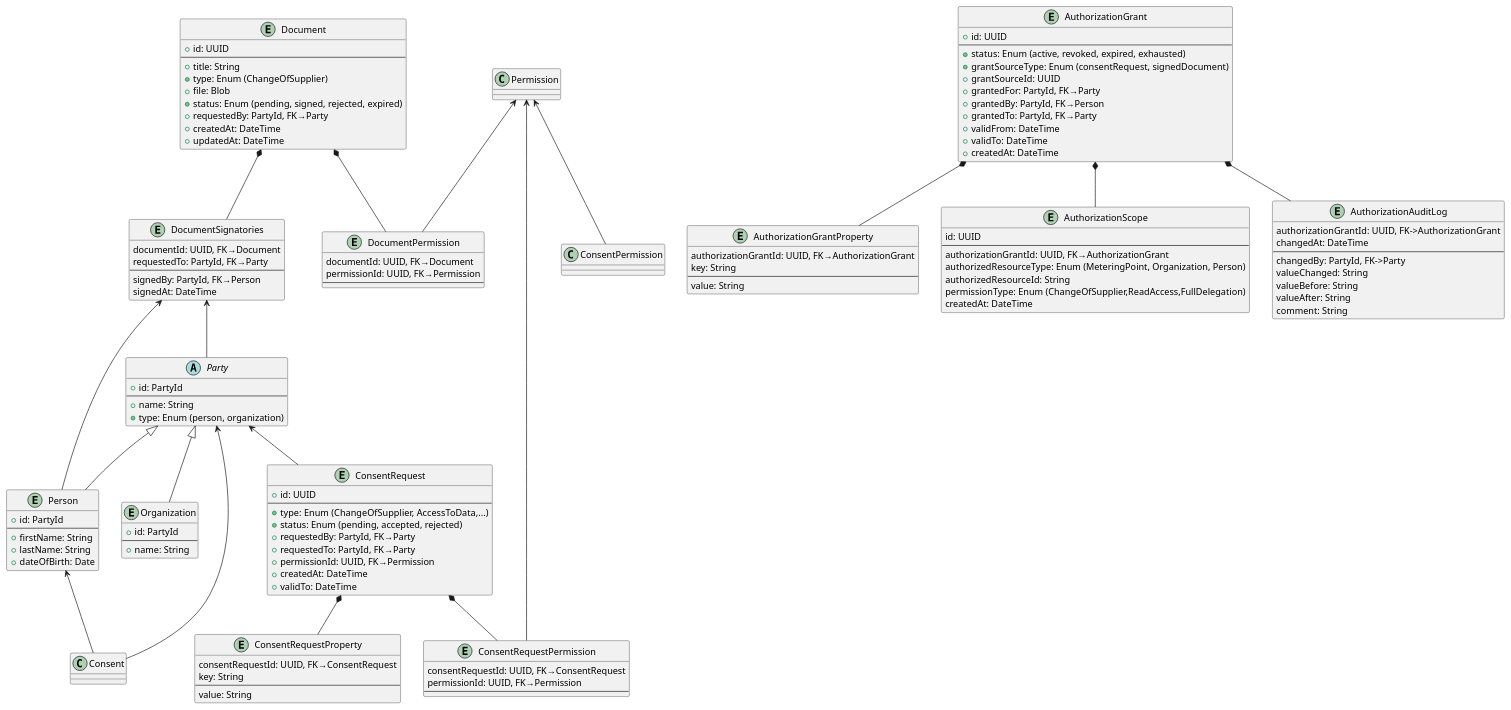
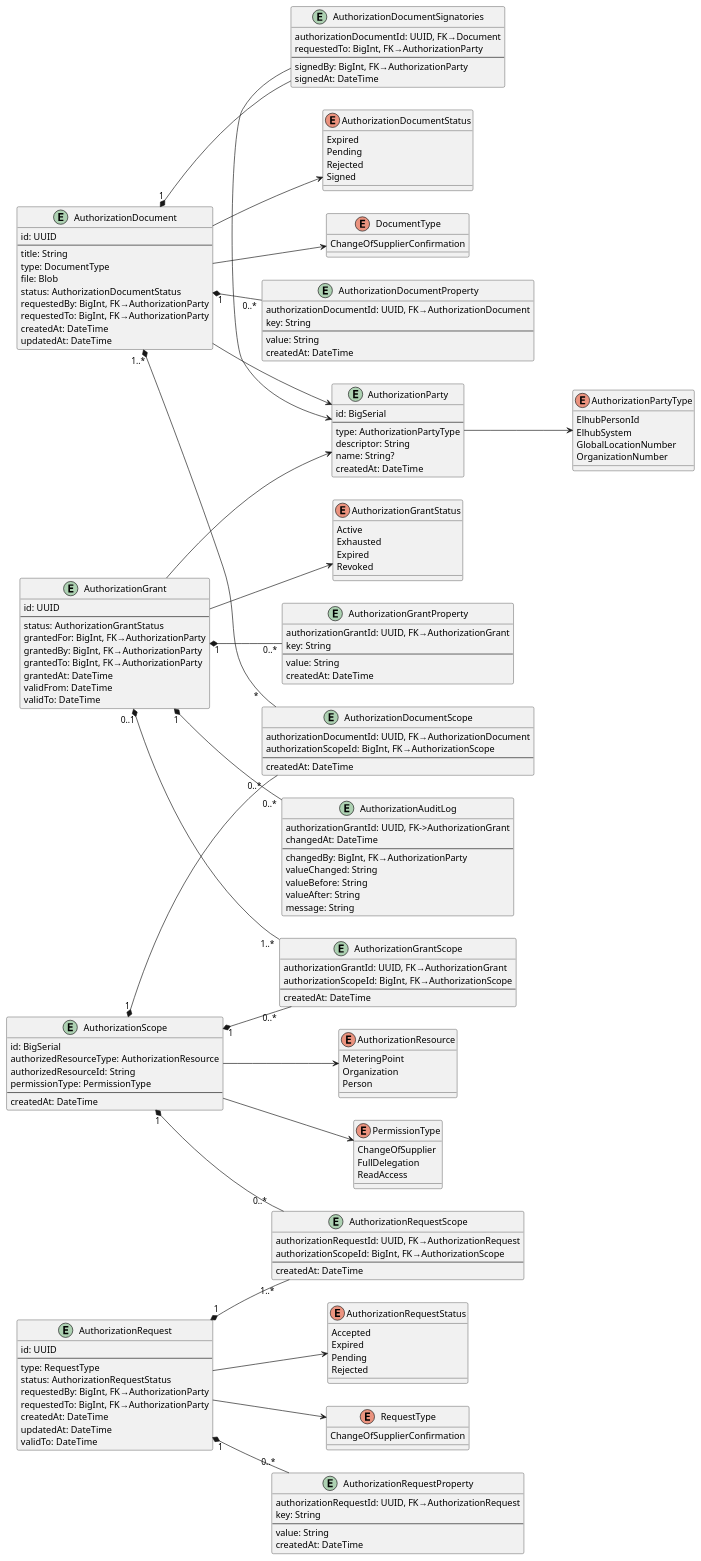
The diagram in docs/datamodel/datamodel.plantuml (elhub/auth-grant-manager), drawn with PlantUML before and after one commit. The commit also changed 30 other files, not shown here.

```diff
--- a/docs/datamodel/datamodel.plantuml
+++ b/docs/datamodel/datamodel.plantuml
@@ -1,42 +1,72 @@
 @startuml datamodel
+left to right direction
+'top to bottom direction
 
 ' The PartyId is a type that is used to identify a party
 ' It can be an elhub user Id or a GLN. It is a string because it can be a UUID or a GLN-number
 ' type PartyId = String
 
-abstract Party {
-  + id: PartyId
-  --
-  + name: String
-  + type: Enum (person, organization)
+enum AuthorizationGrantStatus {
+  Active
+  Exhausted
+  Expired
+  Revoked
 }
 
-entity Person {
-  + id: PartyId
-  --
-  + firstName: String
-  + lastName: String
-  + dateOfBirth: Date
+enum AuthorizationResource {
+  MeteringPoint
+  Organization
+  Person
 }
 
-entity Organization {
-  + id: PartyId
-  --
-  + name: String
+enum PermissionType {
+  ChangeOfSupplier
+  FullDelegation
+  ReadAccess
+}
+
+enum AuthorizationDocumentStatus {
+  Expired
+  Pending
+  Rejected
+  Signed
+}
+
+enum AuthorizationRequestStatus {
+  Accepted
+  Expired
+  Pending
+  Rejected
+}
+
+' ElhubPersonId is our individual user Id
+' An ElhubSystem might be responsible for a change (audit log)
+' GLN and OrgNumber can both be used for organizations
+enum AuthorizationPartyType {
+  ElhubPersonId
+  ElhubSystem
+  GlobalLocationNumber
+  OrganizationNumber
+}
+
+enum DocumentType {
+  ChangeOfSupplierConfirmation
+}
+
+enum RequestType {
+  ChangeOfSupplierConfirmation
 }
 
 entity AuthorizationGrant {
-  + id: UUID
+  id: UUID
   --
-  + status: Enum (active, revoked, expired, exhausted)
-  + grantSourceType: Enum (consentRequest, signedDocument)
-  + grantSourceId: UUID
-  + grantedFor: PartyId, FK→Party
-  + grantedBy: PartyId, FK→Person
-  + grantedTo: PartyId, FK→Party
-  + validFrom: DateTime
-  + validTo: DateTime
-  + createdAt: DateTime
+  status: AuthorizationGrantStatus
+  grantedFor: BigInt, FK→AuthorizationParty
+  grantedBy: BigInt, FK→AuthorizationParty
+  grantedTo: BigInt, FK→AuthorizationParty
+  grantedAt: DateTime
+  validFrom: DateTime
+  validTo: DateTime
 }
 
 ' Used to store metadata related to the AuthorizationGrant
@@ -45,15 +75,6 @@
   key: String
   --
   value: String
-}
-
-entity AuthorizationScope {
-  id: UUID
-  --
-  authorizationGrantId: UUID, FK→AuthorizationGrant
-  authorizedResourceType: Enum (MeteringPoint, Organization, Person)
-  authorizedResourceId: String
-  permissionType: Enum (ChangeOfSupplier,ReadAccess,FullDelegation)
   createdAt: DateTime
 }
 
@@ -61,82 +82,124 @@
   authorizationGrantId: UUID, FK->AuthorizationGrant
   changedAt: DateTime
   --
-  changedBy: PartyId, FK->Party
+  changedBy: BigInt, FK→AuthorizationParty
   valueChanged: String
   valueBefore: String
   valueAfter: String
-  comment: String
+  message: String
 }
 
-entity ConsentRequest {
-  + id: UUID
+entity AuthorizationRequest {
+  id: UUID
   --
-  + type: Enum (ChangeOfSupplier, AccessToData,...)
-  + status: Enum (pending, accepted, rejected)
-  + requestedBy: PartyId, FK→Party
-  + requestedTo: PartyId, FK→Party
-  + permissionId: UUID, FK→Permission
-  + createdAt: DateTime
-  + validTo: DateTime
+  type: RequestType
+  status: AuthorizationRequestStatus
+  requestedBy: BigInt, FK→AuthorizationParty
+  requestedTo: BigInt, FK→AuthorizationParty
+  createdAt: DateTime
+  updatedAt: DateTime
+  validTo: DateTime
 }
 
-entity ConsentRequestProperty {
-  consentRequestId: UUID, FK→ConsentRequest
+entity AuthorizationRequestProperty {
+  authorizationRequestId: UUID, FK→AuthorizationRequest
   key: String
   --
   value: String
+  createdAt: DateTime
 }
 
-entity ConsentRequestPermission {
-  consentRequestId: UUID, FK→ConsentRequest
-  permissionId: UUID, FK→Permission
+' In this model it is assumed that the metadata is stored in the document.
+entity AuthorizationDocument {
+  id: UUID
   --
+  title: String
+  type: DocumentType
+  file: Blob
+  status: AuthorizationDocumentStatus
+  requestedBy: BigInt, FK→AuthorizationParty
+  requestedTo: BigInt, FK→AuthorizationParty
+  createdAt: DateTime
+  updatedAt: DateTime
 }
 
-' PDF's can contain metadata. Should we store properties in the PDF?
-entity Document {
-  + id: UUID
+entity AuthorizationDocumentProperty {
+  authorizationDocumentId: UUID, FK→AuthorizationDocument
+  key: String
   --
-  + title: String
-  + type: Enum (ChangeOfSupplier)
-  + file: Blob
-  + status: Enum (pending, signed, rejected, expired)
-  + requestedBy: PartyId, FK→Party
-  + createdAt: DateTime
-  + updatedAt: DateTime
+  value: String
+  createdAt: DateTime
 }
 
-entity DocumentPermission {
-  documentId: UUID, FK→Document
-  permissionId: UUID, FK→Permission
+entity AuthorizationDocumentSignatories {
+  authorizationDocumentId: UUID, FK→Document
+  requestedTo: BigInt, FK→AuthorizationParty
   --
-}
-
-entity DocumentSignatories {
-  documentId: UUID, FK→Document
-  requestedTo: PartyId, FK→Party
-  --
-  signedBy: PartyId, FK→Person
+  signedBy: BigInt, FK→AuthorizationParty
   signedAt: DateTime
 }
 
+entity AuthorizationGrantScope {
+  authorizationGrantId: UUID, FK→AuthorizationGrant
+  authorizationScopeId: BigInt, FK→AuthorizationScope
+  --
+  createdAt: DateTime
+}
+
+entity AuthorizationDocumentScope {
+  authorizationDocumentId: UUID, FK→AuthorizationDocument
+  authorizationScopeId: BigInt, FK→AuthorizationScope
+  --
+  createdAt: DateTime
+}
+
+entity AuthorizationRequestScope {
+  authorizationRequestId: UUID, FK→AuthorizationRequest
+  authorizationScopeId: BigInt, FK→AuthorizationScope
+  --
+  createdAt: DateTime
+}
+
+entity AuthorizationScope {
+  id: BigSerial
+  authorizedResourceType: AuthorizationResource
+  authorizedResourceId: String
+  permissionType: PermissionType
+  --
+  createdAt: DateTime
+}
+
+entity AuthorizationParty {
+  id: BigSerial
+  --
+  type: AuthorizationPartyType
+  descriptor: String
+  name: String?
+  createdAt: DateTime
+}
+
 ' Relationships
-Party <|-- Person
-Party <|-- Organization
-AuthorizationGrant *-- AuthorizationGrantProperty
-AuthorizationGrant *-- AuthorizationScope
-AuthorizationGrant *-- AuthorizationAuditLog
-Permission <-- ConsentPermission
-ConsentRequest *-- ConsentRequestPermission
-ConsentRequest *-- ConsentRequestProperty
-Permission <-- ConsentRequestPermission
-Document *-- DocumentPermission
-Permission <-- DocumentPermission
-Document *-- DocumentSignatories
-DocumentSignatories <-- Party
-DocumentSignatories <-- Person
-Party <-- Consent
-Person <-- Consent
-Party <-- ConsentRequest
+AuthorizationGrant "1" *-- "0..*" AuthorizationGrantProperty
+AuthorizationGrant "0..1" *-- "1..*" AuthorizationGrantScope
+AuthorizationGrant "1" *-- "0..*" AuthorizationAuditLog
+AuthorizationGrant --> AuthorizationGrantStatus
+AuthorizationGrant --> AuthorizationParty
+AuthorizationScope --> AuthorizationResource
+AuthorizationScope --> PermissionType
+AuthorizationScope "1" *-- "0..*" AuthorizationGrantScope
+AuthorizationScope "1" *-- "0..*" AuthorizationRequestScope
+AuthorizationScope "1" *-- "0..*" AuthorizationDocumentScope
+AuthorizationDocument "1" *-- "0..*" AuthorizationDocumentProperty
+AuthorizationDocument "1" *-- AuthorizationDocumentSignatories
+AuthorizationDocument "1..*" *-- "*" AuthorizationDocumentScope
+AuthorizationDocument --> DocumentType
+AuthorizationDocument --> AuthorizationDocumentStatus
+AuthorizationDocument --> AuthorizationParty
+AuthorizationDocumentSignatories -> AuthorizationParty
+AuthorizationRequest "1" *-- "0..*" AuthorizationRequestProperty
+AuthorizationRequest "1" *-- "1..*" AuthorizationRequestScope
+AuthorizationRequest --> RequestType
+AuthorizationRequest --> AuthorizationRequestStatus
+AuthorizationParty --> AuthorizationPartyType
 
 @enduml
```
